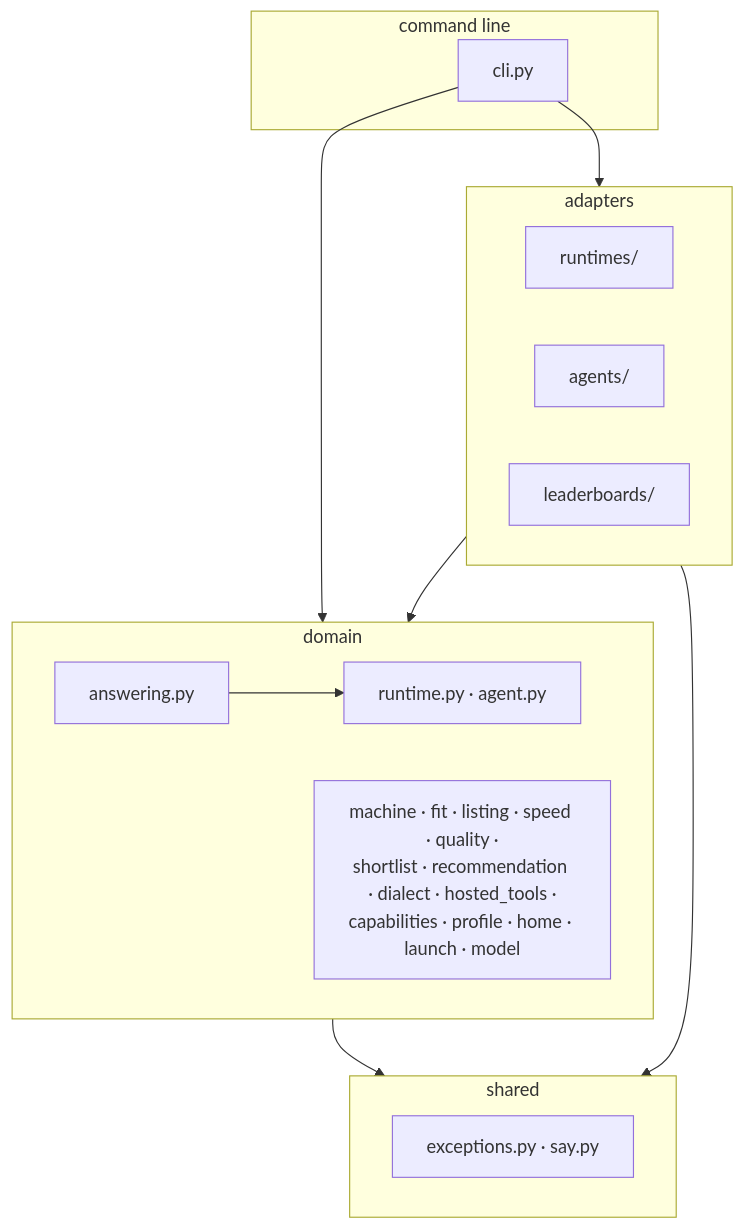
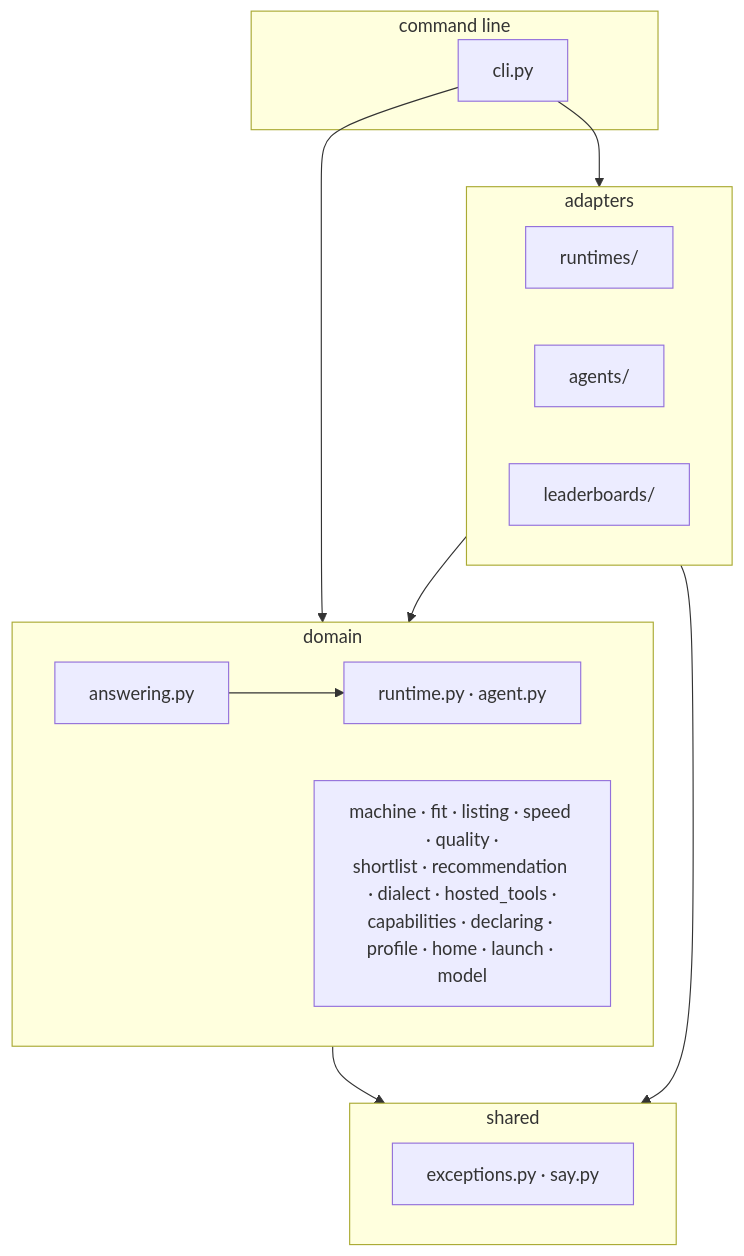
The first of 3 diagrams in docs/architecture.md (pvardanis/offgrid), drawn with Mermaid before and after one commit. The commit also changed other lines of this file and 5 other files, not shown here.

````diff
--- a/docs/architecture.md
+++ b/docs/architecture.md
@@ -13,26 +13,26 @@
 ```mermaid
 flowchart TD
     subgraph cmd [command line]
         cli[cli.py]
     end
     subgraph adapters [adapters]
         rt["runtimes/"]
         ag["agents/"]
         lb["leaderboards/"]
     end
     subgraph domain [domain]
         answering[answering.py]
         ports["runtime.py · agent.py"]
-        rest["machine · fit · listing · speed · quality ·<br/>shortlist · recommendation · dialect · hosted_tools ·<br/>capabilities · profile · home · launch · model"]
+        rest["machine · fit · listing · speed · quality ·<br/>shortlist · recommendation · dialect · hosted_tools ·<br/>capabilities · declaring · profile · home · launch · model"]
     end
     subgraph shared [shared]
         sh["exceptions.py · say.py"]
     end
 
     cli --> adapters
     cli --> domain
     adapters --> domain
     domain --> shared
     adapters --> shared
     answering --> ports
 ```
````
